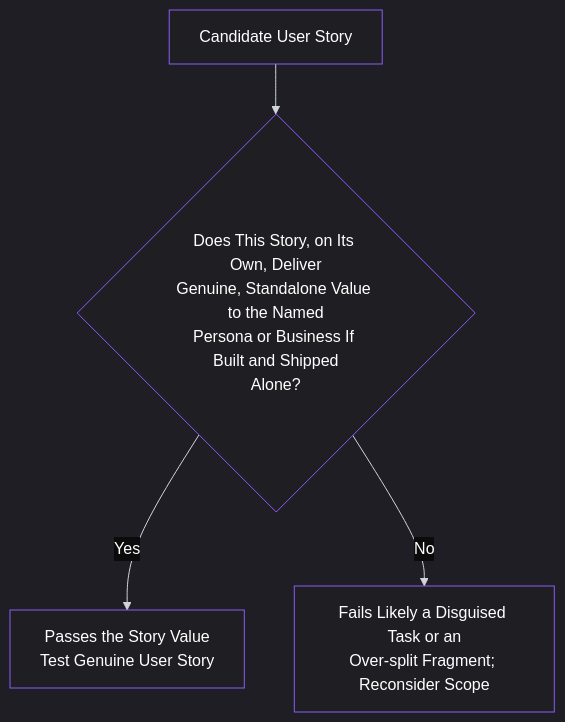
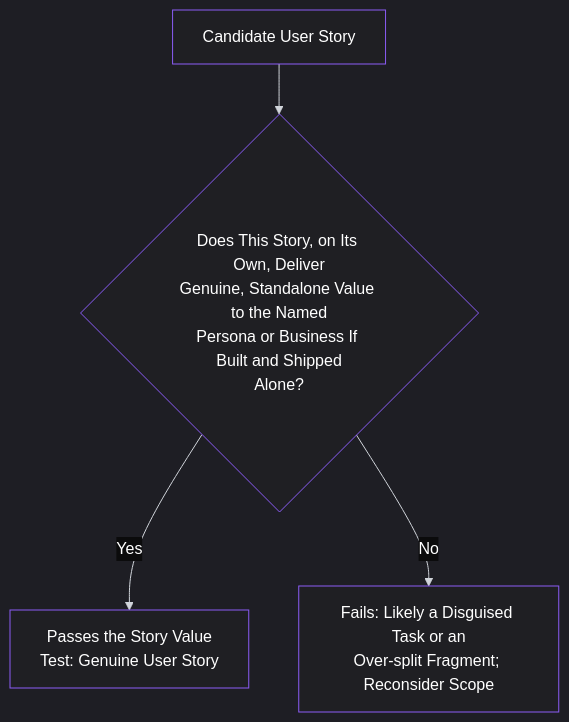
One commit to pmacademy-app/web changed the third of 3 diagrams in content/lessons/lesson-023.md. Above: the diagram before and after it, drawn with Mermaid. The commit also changed other lines of this file and 275 other files, not shown here.

````diff
--- a/content/lessons/lesson-023.md
+++ b/content/lessons/lesson-023.md
@@ -204,36 +204,36 @@
 ```mermaid
 %%{init: {
   "theme": "dark",
   "themeVariables": {
     "background": "#0b0b0c",
     "primaryColor": "#1f1f23",
     "primaryTextColor": "#ffffff",
     "primaryBorderColor": "#8b5cf6",
     "lineColor": "#d1d5db",
     "secondaryColor": "#18181b",
     "tertiaryColor": "#111111",
     "mainBkg": "#1f1f23",
     "nodeBorder": "#8b5cf6",
     "clusterBkg": "#000000",
     "clusterBorder": "#27272a",
     "titleColor": "#ffffff",
     "edgeLabelBackground": "#0b0b0c",
     "nodeTextColor": "#ffffff",
     "edgeLabelColor": "#ffffff",
     "actorBorder": "#8b5cf6",
     "actorBkg": "#1f1f23",
     "actorTextColor": "#ffffff",
     "sequenceNumberColor": "#ffffff",
     "signalColor": "#8b5cf6",
     "signalTextColor": "#ffffff",
     "textColor": "#ffffff",
     "classText": "#ffffff",
     "classBorder": "#8b5cf6",
     "classBkg": "#1f1f23"
   }
 }}%%
 graph TD
     A[Candidate User Story] --> B{Does This Story, on Its Own, Deliver<br/>Genuine, Standalone Value to the Named<br/>Persona or Business If Built and Shipped<br/>Alone?}
-    B -->|Yes| C[Passes the Story Value<br/>Test Genuine User Story]
-    B -->|No| D[Fails Likely a Disguised Task or an<br/>Over-split Fragment; Reconsider Scope]
+    B -->|Yes| C[Passes the Story Value<br/>Test: Genuine User Story]
+    B -->|No| D[Fails: Likely a Disguised Task or an<br/>Over-split Fragment; Reconsider Scope]
 ```
````
